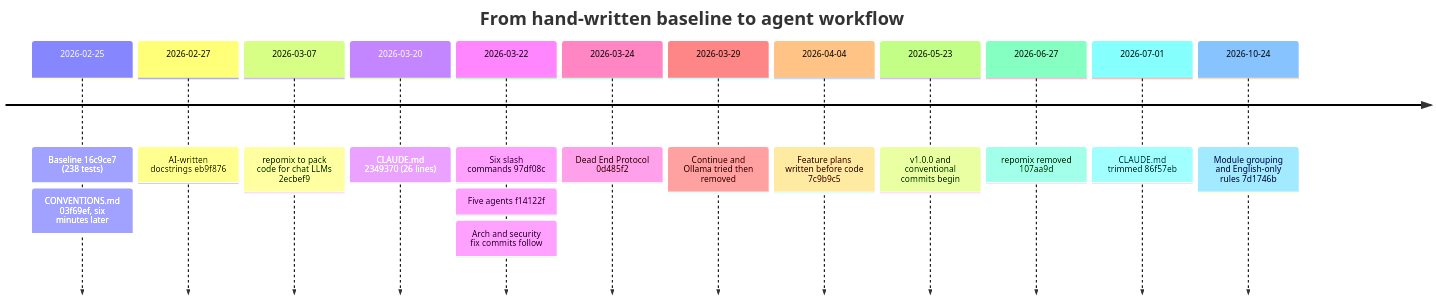
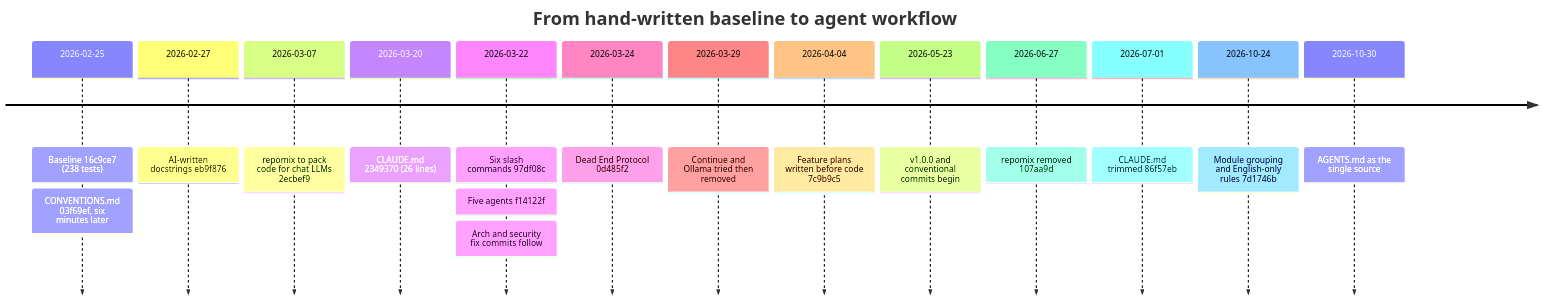
The first of 2 diagrams in docs/technical/ai-assisted-development.md (ychab/museflow), drawn with Mermaid before and after one commit. The commit also changed other lines of this file and 12 other files, not shown here.

First line of the commit message:
chore: AGENTS.md as the single agent instruction file

````diff
--- a/docs/technical/ai-assisted-development.md
+++ b/docs/technical/ai-assisted-development.md
@@ -17,19 +17,20 @@
 ```mermaid
 timeline
     title From hand-written baseline to agent workflow
     2026-02-25 : Baseline 16c9ce7 (238 tests)
                : CONVENTIONS.md 03f69ef, six minutes later
     2026-02-27 : AI-written docstrings eb9f876
     2026-03-07 : repomix to pack code for chat LLMs 2ecbef9
     2026-03-20 : CLAUDE.md 2349370 (26 lines)
     2026-03-22 : Six slash commands 97df08c
                : Five agents f14122f
                : Arch and security fix commits follow
     2026-03-24 : Dead End Protocol 0d485f2
     2026-03-29 : Continue and Ollama tried then removed
     2026-04-04 : Feature plans written before code 7c9b9c5
     2026-05-23 : v1.0.0 and conventional commits begin
     2026-06-27 : repomix removed 107aa9d
     2026-07-01 : CLAUDE.md trimmed 86f57eb
     2026-10-24 : Module grouping and English-only rules 7d1746b
+    2026-10-30 : AGENTS.md as the single source
 ```
````
